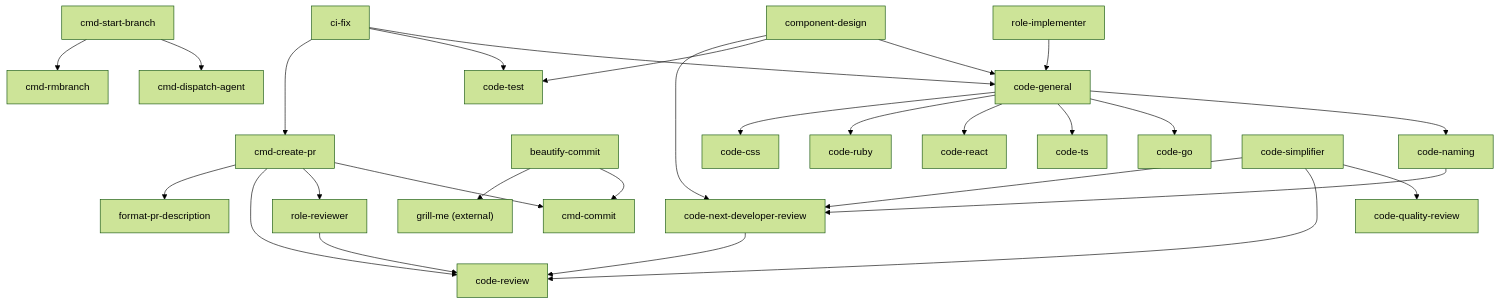
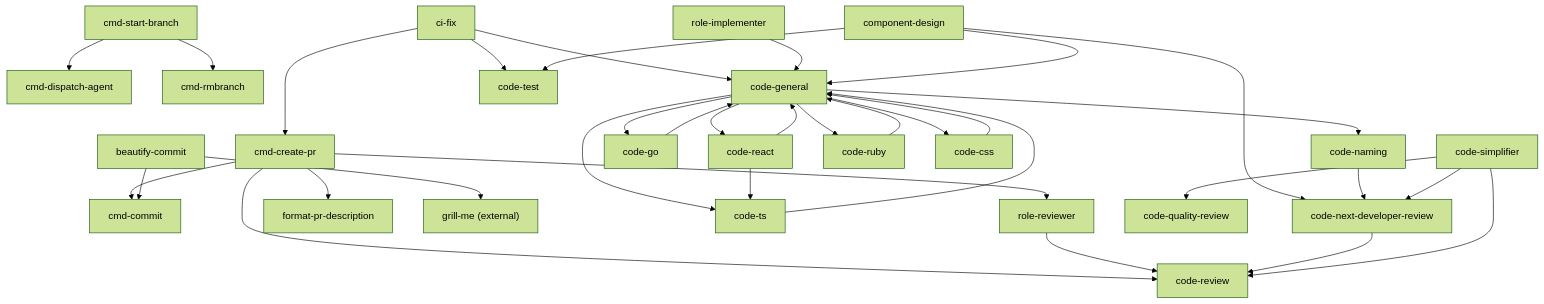
Before and after one commit to version-1/agents-docs: the diagram in docs/skill-dependency-map.md, drawn with Mermaid (forest theme). The commit also changed other lines of this file and 6 other files, not shown here.

````diff
--- a/docs/skill-dependency-map.md
+++ b/docs/skill-dependency-map.md
@@ -118,39 +130,45 @@
 ```mermaid
 graph TD
     cmd_create_pr["cmd-create-pr"] --> cmd_commit["cmd-commit"]
     cmd_create_pr --> role_reviewer["role-reviewer"]
     cmd_create_pr --> code_review["code-review"]
     cmd_create_pr --> format_pr_description["format-pr-description"]
 
     cmd_start_branch["cmd-start-branch"] --> cmd_dispatch_agent["cmd-dispatch-agent"]
     cmd_start_branch --> cmd_rmbranch["cmd-rmbranch"]
 
     beautify_commit["beautify-commit"] --> cmd_commit
     beautify_commit --> grill_me["grill-me (external)"]
 
     ci_fix["ci-fix"] --> code_general
     ci_fix --> code_test["code-test"]
     ci_fix --> cmd_create_pr
 
     role_reviewer --> code_review
     role_implementer["role-implementer"] --> code_general["code-general"]
 
     code_general --> code_naming["code-naming"]
     code_general --> code_go["code-go"]
     code_general --> code_ts["code-ts"]
     code_general --> code_react["code-react"]
     code_general --> code_ruby["code-ruby"]
     code_general --> code_css["code-css"]
+    code_go --> code_general
+    code_ts --> code_general
+    code_react --> code_general
+    code_react --> code_ts
+    code_ruby --> code_general
+    code_css --> code_general
 
     component_design["component-design"] --> code_general
     component_design --> code_test
     component_design --> code_next_dev["code-next-developer-review"]
 
     code_naming --> code_next_dev
 
     code_next_dev --> code_review
 
     code_simplifier["code-simplifier"] --> code_quality["code-quality-review"]
     code_simplifier --> code_review
     code_simplifier --> code_next_dev
 ```
````
